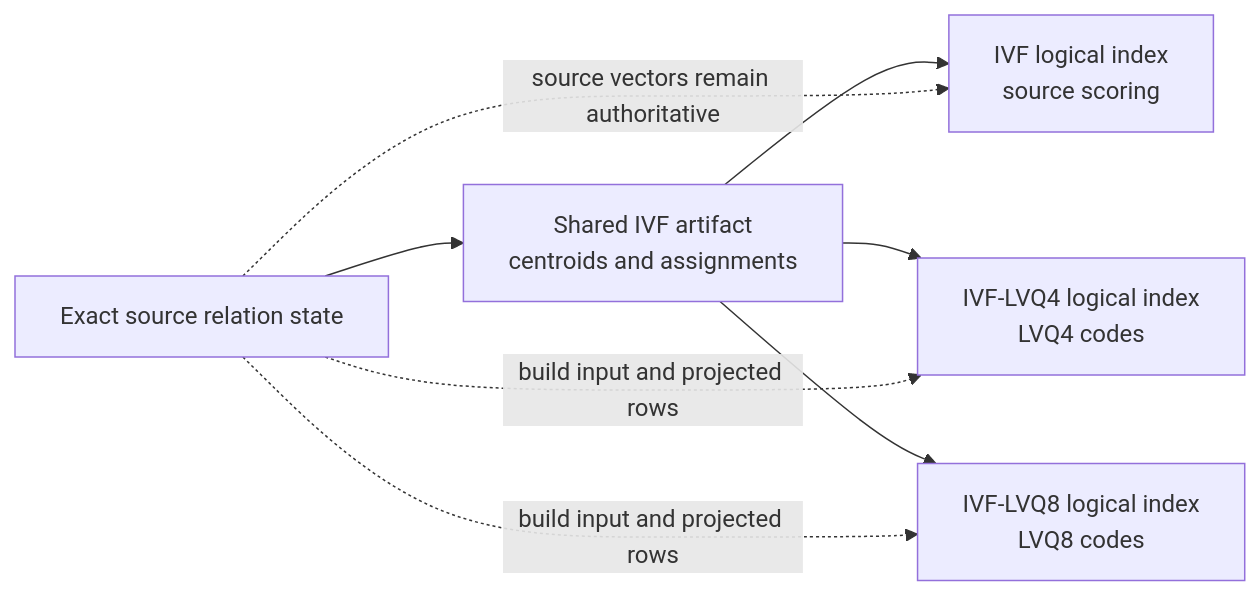
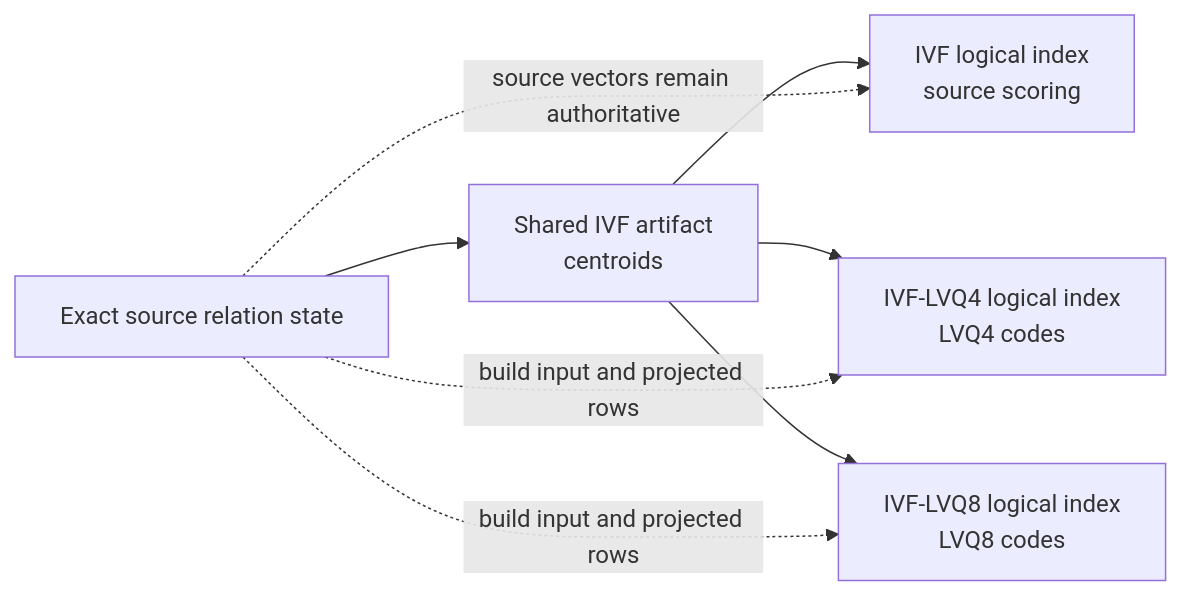
One commit to parqdb-io/parqdb changed the first of 2 diagrams in docs/rfcs/20260815-shared-ivf-cosine.md. Above: the diagram before and after it, drawn with Mermaid. The commit also changed other lines of this file, not shown here.

Commit message:
docs(rfc): refine shared IVF and cosine design

````diff
--- a/docs/rfcs/20260815-shared-ivf-cosine.md
+++ b/docs/rfcs/20260815-shared-ivf-cosine.md
@@ -55,16 +55,16 @@
 ```mermaid
 flowchart LR
     S[Exact source relation state]
-    C[Shared IVF artifact<br/>centroids and assignments]
+    C[Shared IVF artifact<br/>centroids]
     I[IVF logical index<br/>source scoring]
     Q4[IVF-LVQ4 logical index<br/>LVQ4 codes]
     Q8[IVF-LVQ8 logical index<br/>LVQ8 codes]
 
     S --> C
     C --> I
     C --> Q4
     C --> Q8
     S -. source vectors remain authoritative .-> I
     S -. build input and projected rows .-> Q4
     S -. build input and projected rows .-> Q8
 ```
````
